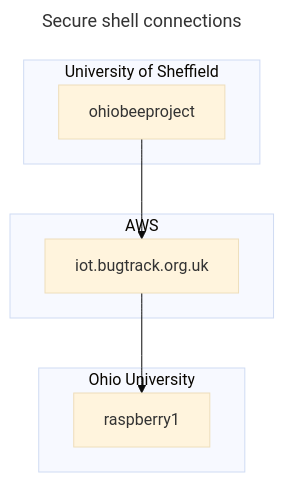
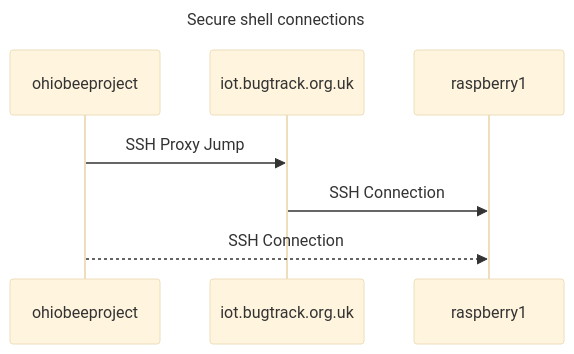
One commit to SheffieldMLtracking/data-pipeline changed the third of 3 diagrams in README.md. Above: the diagram before and after it, drawn with Mermaid (base theme).

Commit message:
Replace with sequence diagram

````diff
--- a/README.md
+++ b/README.md
@@ -128,17 +128,14 @@
 ```mermaid
 ---
 title: Secure shell connections
 ---
-flowchart TD
-subgraph University of Sheffield
-	ohiobeeproject
-end
-subgraph AWS
-	awsbox[iot.bugtrack.org.uk]
-end
-subgraph Ohio University
-	raspberry1
-end
-ohiobeeproject --> awsbox
-awsbox --> raspberry1
+sequenceDiagram
+
+participant ohiobeeproject
+participant iot.bugtrack.org.uk
+participant raspberry1
+
+ohiobeeproject->>iot.bugtrack.org.uk: SSH Proxy Jump
+iot.bugtrack.org.uk->>raspberry1: SSH Connection
+ohiobeeproject-->>raspberry1: SSH Connection
 ```
````
